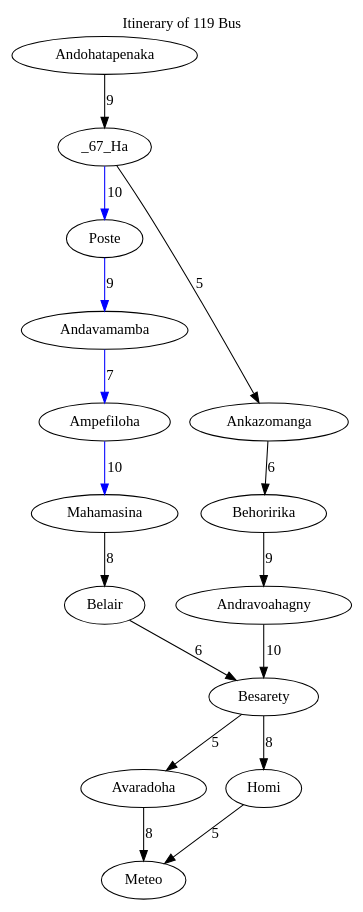
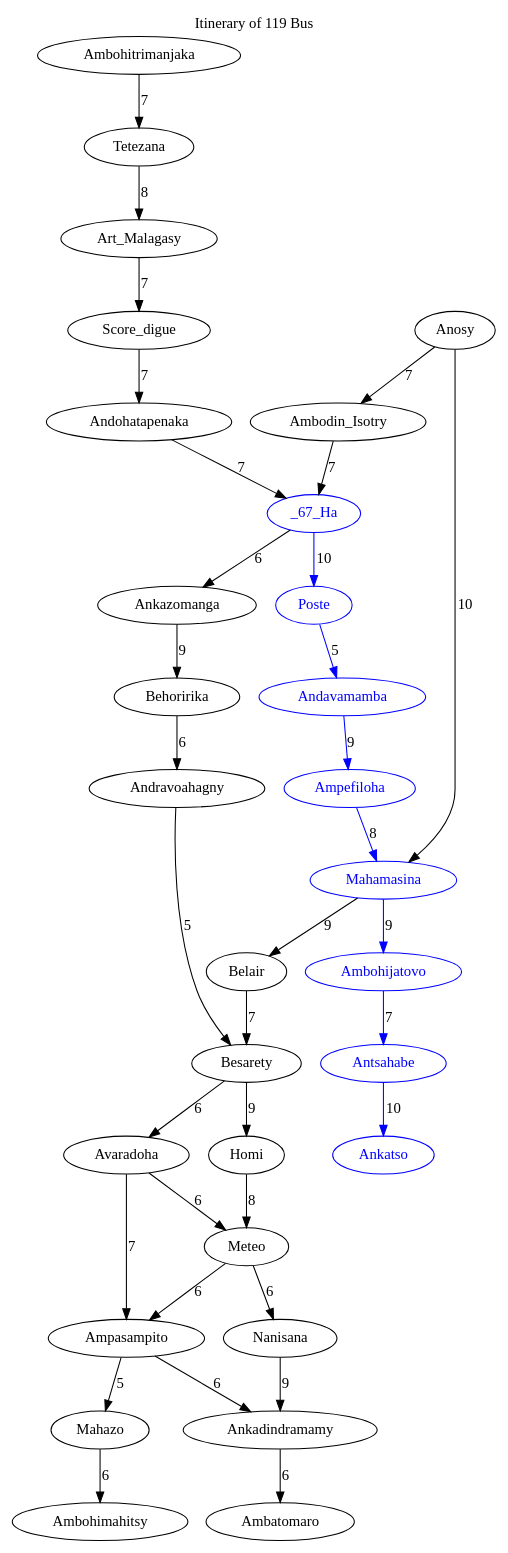
Before and after one commit to Online13/bus-path-finding: the diagram in out/bus_119.gv, drawn with Graphviz. The commit also changed 38 other files, not shown here.

```diff
--- a/out/bus_119.gv
+++ b/out/bus_119.gv
@@ -1,17 +1,75 @@
 digraph G {
-	labelloc="t"	label="Itinerary of 119 Bus"	Andavamamba -> Ampefiloha [color="blue", weight=7, label="7"];
-	Ampefiloha -> Mahamasina [color="blue", weight=10, label="10"];
+	labelloc="t"	label="Itinerary of 119 Bus"	Ambodin_Isotry -> _67_Ha [weight=7, label="7"];
+	Art_Malagasy -> Score_digue [weight=7, label="7"];
+	Antsahabe -> Ankatso [color="blue", weight=10, label="10"];
+	Andavamamba -> Ampefiloha [color="blue", weight=9, label="9"];
+	Ampefiloha -> Mahamasina [color="blue", weight=8, label="8"];
 	_67_Ha -> Poste [color="blue", weight=10, label="10"];
-	Andohatapenaka -> _67_Ha [weight=9, label="9"];
-	Mahamasina -> Belair [weight=8, label="8"];
-	Ankazomanga -> Behoririka [weight=6, label="6"];
-	Andravoahagny -> Besarety [weight=10, label="10"];
-	Besarety -> Avaradoha [weight=5, label="5"];
-	Homi -> Meteo [weight=5, label="5"];
-	Besarety -> Homi [weight=8, label="8"];
-	Poste -> Andavamamba [color="blue", weight=9, label="9"];
-	_67_Ha -> Ankazomanga [weight=5, label="5"];
-	Behoririka -> Andravoahagny [weight=9, label="9"];
-	Belair -> Besarety [weight=6, label="6"];
-	Avaradoha -> Meteo [weight=8, label="8"];
+	Meteo -> Ampasampito [weight=6, label="6"];
+	Andohatapenaka -> _67_Ha [weight=7, label="7"];
+	Meteo -> Nanisana [weight=6, label="6"];
+	Mahamasina -> Belair [weight=9, label="9"];
+	Ankazomanga -> Behoririka [weight=9, label="9"];
+	Andravoahagny -> Besarety [weight=5, label="5"];
+	Besarety -> Avaradoha [weight=6, label="6"];
+	Ambohitrimanjaka -> Tetezana [weight=7, label="7"];
+	Homi -> Meteo [weight=8, label="8"];
+	Ampasampito -> Mahazo [weight=5, label="5"];
+	Besarety -> Homi [weight=9, label="9"];
+	Tetezana -> Art_Malagasy [weight=8, label="8"];
+	Ampasampito -> Ankadindramamy [weight=6, label="6"];
+	Poste -> Andavamamba [color="blue", weight=5, label="5"];
+	_67_Ha -> Ankazomanga [weight=6, label="6"];
+	Behoririka -> Andravoahagny [weight=6, label="6"];
+	Score_digue -> Andohatapenaka [weight=7, label="7"];
+	Mahamasina -> Ambohijatovo [color="blue", weight=9, label="9"];
+	Anosy -> Mahamasina [weight=10, label="10"];
+	Ankadindramamy -> Ambatomaro [weight=6, label="6"];
+	Mahazo -> Ambohimahitsy [weight=6, label="6"];
+	Anosy -> Ambodin_Isotry [weight=7, label="7"];
+	Belair -> Besarety [weight=7, label="7"];
+	Avaradoha -> Meteo [weight=6, label="6"];
+	Ambohijatovo -> Antsahabe [color="blue", weight=7, label="7"];
+	Avaradoha -> Ampasampito [weight=7, label="7"];
+	Nanisana -> Ankadindramamy [weight=9, label="9"];
+	Art_Malagasy;
+	Andohatapenaka;
+	Tetezana;
+	_67_Ha [color="blue", fontcolor="blue"];
+	Ambohitrimanjaka;
+	Score_digue;
+	Poste [color="blue", fontcolor="blue"];
+	Andavamamba [color="blue", fontcolor="blue"];
+	Mahamasina [color="blue", fontcolor="blue"];
+	Ambohijatovo [color="blue", fontcolor="blue"];
+	_67_Ha [color="blue", fontcolor="blue"];
+	Ankatso [color="blue", fontcolor="blue"];
+	Ampefiloha [color="blue", fontcolor="blue"];
+	Antsahabe [color="blue", fontcolor="blue"];
+	Mahamasina [color="blue", fontcolor="blue"];
+	Anosy;
+	Besarety;
+	Meteo;
+	Nanisana;
+	Avaradoha;
+	Belair;
+	Ankadindramamy;
+	Ambatomaro;
+	Ampasampito;
+	Anosy;
+	Behoririka;
+	Besarety;
+	Meteo;
+	Ambodin_Isotry;
+	_67_Ha [color="blue", fontcolor="blue"];
+	Ankazomanga;
+	Homi;
+	Andravoahagny;
+	Ankadindramamy;
+	Ambatomaro;
+	Ampasampito;
+	Besarety;
+	Ambohimahitsy;
+	Avaradoha;
+	Mahazo;
 }
```
